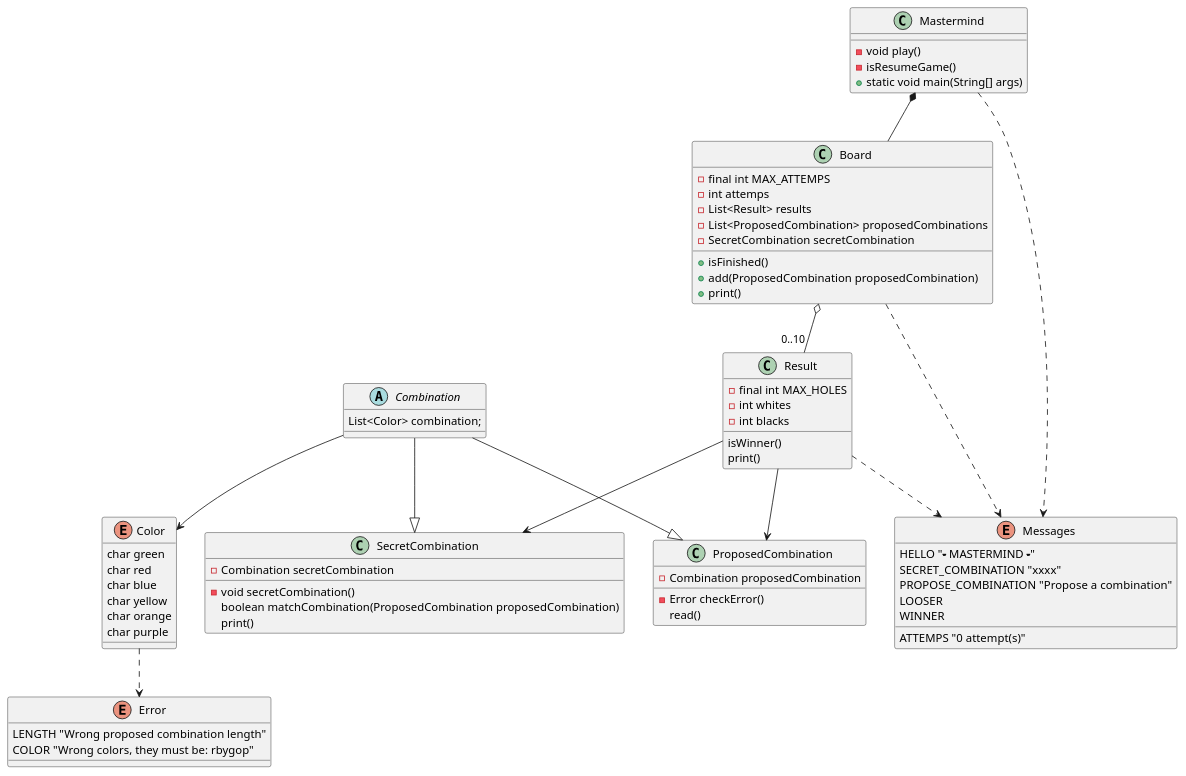
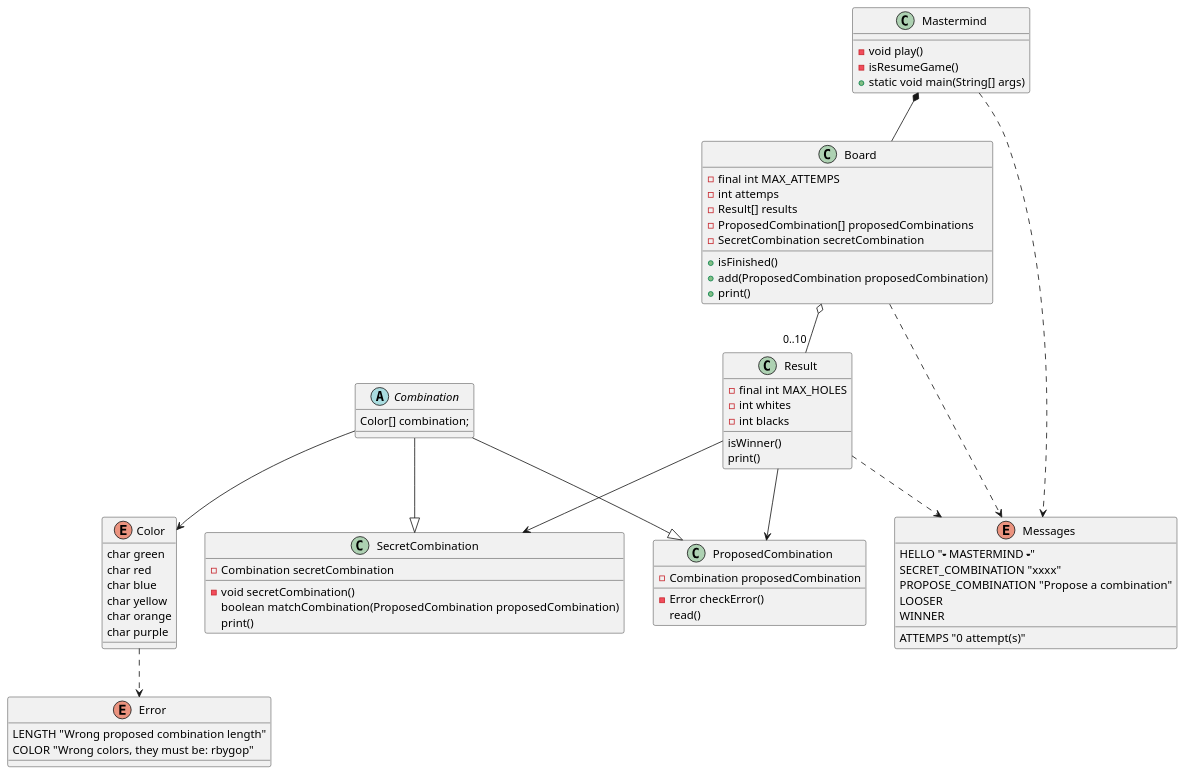
One commit to ivanzm/java-mastermind changed the diagram in docs/clases.puml. Above: the diagram before and after it, drawn with PlantUML.

Commit message:
Update designClass

```diff
--- a/docs/clases.puml
+++ b/docs/clases.puml
@@ -1,77 +1,78 @@
 @startuml
 
 class Mastermind {
 - void play()
 - isResumeGame()
 + static void main(String[] args)
 }
 
 class Board {
 - final int MAX_ATTEMPS
 - int attemps
-- List<Result> results
-- List<ProposedCombination> proposedCombinations
+- Result[] results
+- ProposedCombination[] proposedCombinations
 - SecretCombination secretCombination
 + isFinished()
 + add(ProposedCombination proposedCombination)
 + print()
 }
 
 abstract class Combination {
-List<Color> combination;
+Color[] combination;
 }
+
 class SecretCombination {
 - Combination secretCombination
 - void secretCombination()
 boolean matchCombination(ProposedCombination proposedCombination)
 print()
 }
 
 class ProposedCombination {
 - Combination proposedCombination
 - Error checkError()
 read()
 }
 
 class Result {
 - final int MAX_HOLES
 - int whites
 - int blacks
 isWinner()
 print()
 }
 
 enum Messages{
 HELLO "----- MASTERMIND -----"
 ATTEMPS "0 attempt(s)"
 SECRET_COMBINATION "xxxx"
 PROPOSE_COMBINATION "Propose a combination"
 LOOSER
 WINNER
 }
 enum Color {
 char green
 char red
 char blue
 char yellow
 char orange
 char purple
 }
 enum Error {
 LENGTH "Wrong proposed combination length"
 COLOR "Wrong colors, they must be: rbygop"
 }
 
 Mastermind *-- Board
 Board o-- "0..10" Result
 Combination --|> SecretCombination
 Combination --|> ProposedCombination
 Result --> SecretCombination
 Result --> ProposedCombination
 Combination --> Color
 Mastermind ..> Messages
 Board ..> Messages
 Result ..> Messages
 Color ..> Error
 
 @enduml
```
